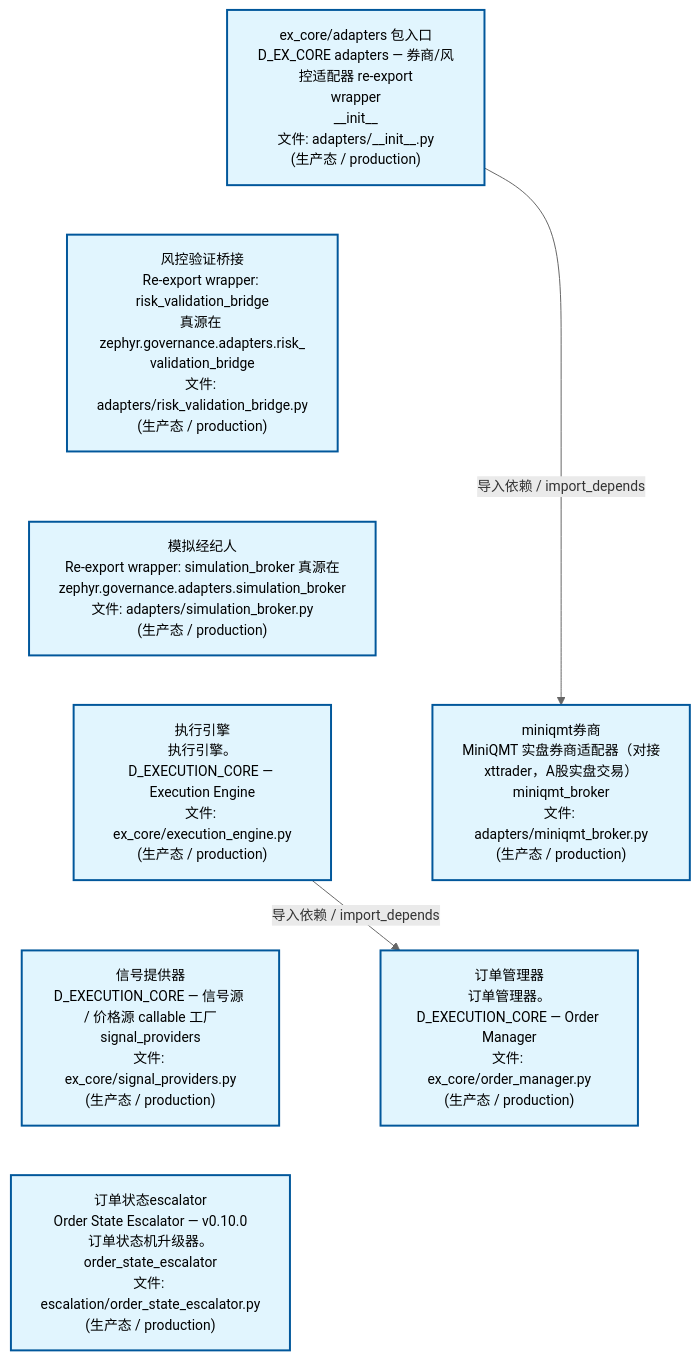
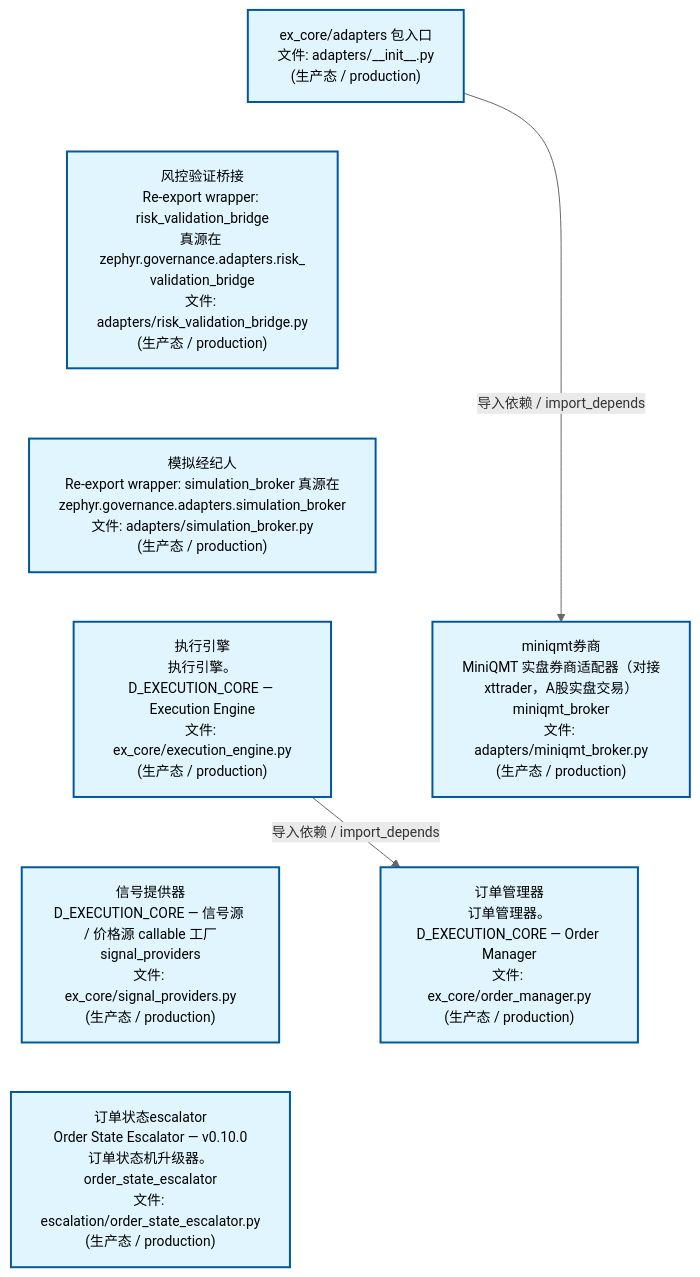
One commit to xuanFelixVan/ZephyrAlpha changed the second of 4 diagrams in docs/02_enterprise_architecture/02_domain_architecture_docs/44_d_ex_core.md. Above: the diagram before and after it, drawn with Mermaid. The commit also changed other lines of this file and 58 other files, not shown here.

````diff
--- a/docs/02_enterprise_architecture/02_domain_architecture_docs/44_d_ex_core.md
+++ b/docs/02_enterprise_architecture/02_domain_architecture_docs/44_d_ex_core.md
@@ -169,25 +169,25 @@
 ```mermaid
 %%{init: {'theme': 'base', 'themeVariables': {'primaryColor': '#eaeaea', 'primaryTextColor': '#333333', 'primaryBorderColor': '#666666', 'lineColor': '#666666', 'secondaryColor': '#eaeaea', 'tertiaryColor': '#eaeaea', 'fontSize': '14px'}}}%%
 flowchart TD
-    src_zephyr_ex_core_adapters_init_py["ex_core/adapters 包入口<br/>D_EX_CORE adapters — 券商/风控适配器 re-export<br/>wrapper<br/>__init__<br/>文件: adapters/__init__.py<br/>(生产态 / production)"]
+    src_zephyr_ex_core_adapters_init_py["ex_core/adapters 包入口<br/>文件: adapters/__init__.py<br/>(生产态 / production)"]
     src_zephyr_ex_core_adapters_risk_validation_bridge_py["风控验证桥接<br/>Re-export wrapper: risk_validation_bridge<br/>真源在 zephyr.governance.adapters.risk_<br/>validation_bridge<br/>文件: adapters/risk_validation_bridge.py<br/>(生产态 / production)"]
     src_zephyr_ex_core_adapters_simulation_broker_py["模拟经纪人<br/>Re-export wrapper: simulation_broker 真源在<br/>zephyr.governance.adapters.simulation_broker<br/>文件: adapters/simulation_broker.py<br/>(生产态 / production)"]
     src_zephyr_ex_core_execution_engine_py["执行引擎<br/>执行引擎。D_EXECUTION_CORE — Execution Engine<br/>文件: ex_core/execution_engine.py<br/>(生产态 / production)"]
     src_zephyr_ex_core_signal_providers_py["信号提供器<br/>D_EXECUTION_CORE — 信号源 / 价格源 callable 工厂<br/>signal_providers<br/>文件: ex_core/signal_providers.py<br/>(生产态 / production)"]
     src_zephyr_governance_escalation_order_state_escalator_py["订单状态escalator<br/>Order State Escalator — v0.10.0<br/>订单状态机升级器。<br/>order_state_escalator<br/>文件: escalation/order_state_escalator.py<br/>(生产态 / production)"]
     src_zephyr_ex_core_adapters_init_py ~~~ src_zephyr_ex_core_adapters_risk_validation_bridge_py
     src_zephyr_ex_core_adapters_risk_validation_bridge_py ~~~ src_zephyr_ex_core_adapters_simulation_broker_py
     src_zephyr_ex_core_adapters_simulation_broker_py ~~~ src_zephyr_ex_core_execution_engine_py
     src_zephyr_ex_core_execution_engine_py ~~~ src_zephyr_ex_core_signal_providers_py
     src_zephyr_ex_core_signal_providers_py ~~~ src_zephyr_governance_escalation_order_state_escalator_py
     src_zephyr_ex_core_adapters_miniqmt_broker_py["miniqmt券商<br/>MiniQMT 实盘券商适配器（对接<br/>xttrader，A股实盘交易）<br/>miniqmt_broker<br/>文件: adapters/miniqmt_broker.py<br/>(生产态 / production)"]
     src_zephyr_ex_core_order_manager_py["订单管理器<br/>订单管理器。D_EXECUTION_CORE — Order Manager<br/>文件: ex_core/order_manager.py<br/>(生产态 / production)"]
     src_zephyr_ex_core_adapters_miniqmt_broker_py ~~~ src_zephyr_ex_core_order_manager_py
     src_zephyr_ex_core_execution_engine_py -->|导入依赖 / import_depends| src_zephyr_ex_core_order_manager_py
     src_zephyr_ex_core_adapters_init_py -->|导入依赖 / import_depends| src_zephyr_ex_core_adapters_miniqmt_broker_py
     classDef production fill:#e1f5fe,stroke:#01579b,stroke-width:2px,color:#000
     classDef design fill:#fff3e0,stroke:#e65100,stroke-width:2px,color:#000,stroke-dasharray: 5 5
     classDef external_prod fill:#e8f4fd,stroke:#0277bd,stroke-width:1px,color:#000
     classDef external_design fill:#fff8e7,stroke:#ef6c00,stroke-width:1px,color:#000,stroke-dasharray: 5 5
     class src_zephyr_ex_core_adapters_init_py,src_zephyr_ex_core_adapters_miniqmt_broker_py,src_zephyr_ex_core_adapters_risk_validation_bridge_py,src_zephyr_ex_core_adapters_simulation_broker_py,src_zephyr_ex_core_execution_engine_py,src_zephyr_ex_core_order_manager_py,src_zephyr_ex_core_signal_providers_py,src_zephyr_governance_escalation_order_state_escalator_py production
 ```
````
